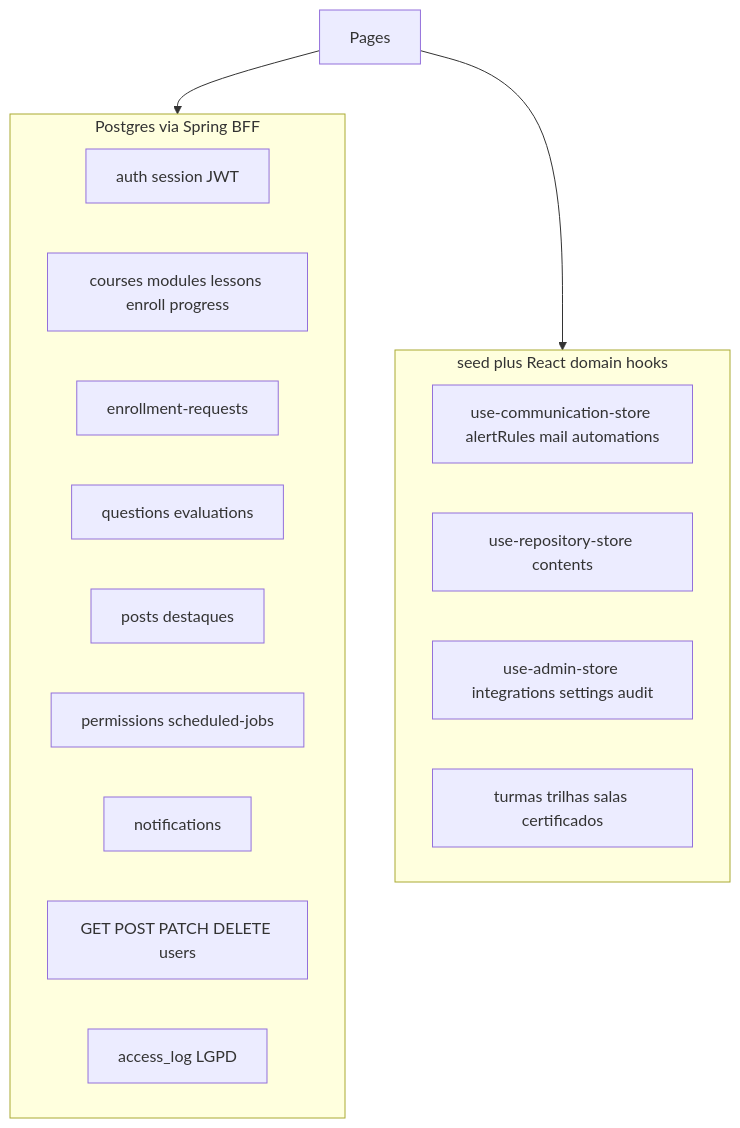
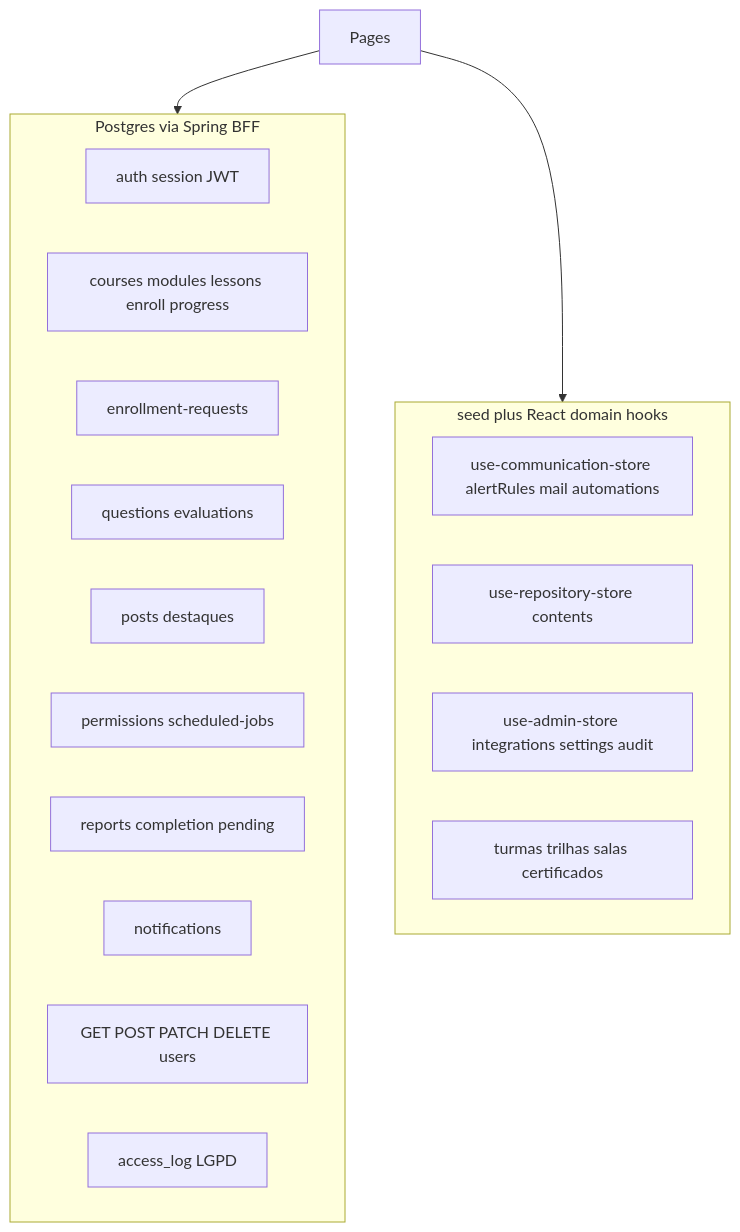
One commit to GrigoriDevv/navoxi-lms changed the diagram in AGENTS.md. Above: the diagram before and after it, drawn with Mermaid. The commit also changed other lines of this file and 17 other files, not shown here.

First line of the commit message:
feat: minimal completion reports (per course/turma + student pendings)

````diff
--- a/AGENTS.md
+++ b/AGENTS.md
@@ -25,22 +26,23 @@
 ```mermaid
 flowchart TB
   subgraph java [Postgres via Spring BFF]
     Auth[auth session JWT]
     Learn[courses modules lessons enroll progress]
     EnrollReq[enrollment-requests]
     QuestionsEval[questions evaluations]
     PostsDestaques[posts destaques]
     PermsJobs[permissions scheduled-jobs]
+    Reports[reports completion pending]
     Notif[notifications]
     UsersAdmin[GET POST PATCH DELETE users]
     AccessLog[access_log LGPD]
   end
   subgraph mock [seed plus React domain hooks]
     CommMock[use-communication-store alertRules mail automations]
     RepoContents[use-repository-store contents]
     AdminMock[use-admin-store integrations settings audit]
     LearnMock[turmas trilhas salas certificados]
   end
   UI[Pages] --> java
   UI --> mock
 ```
````
